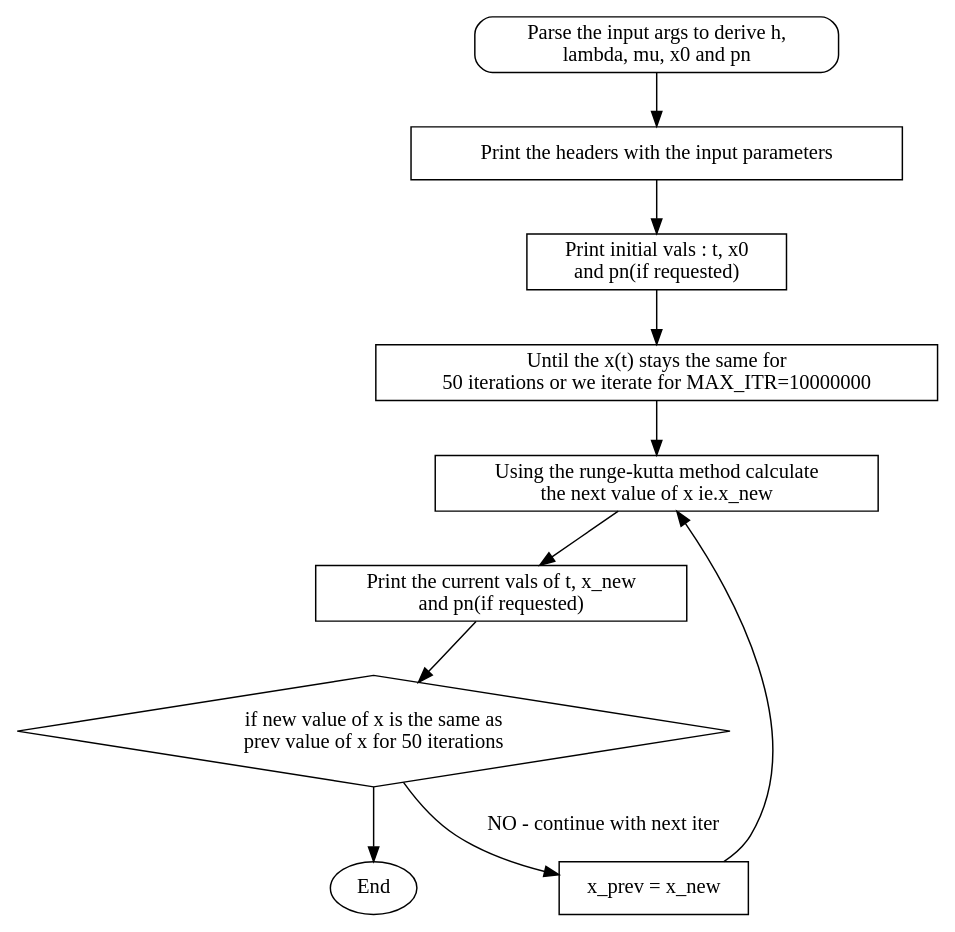
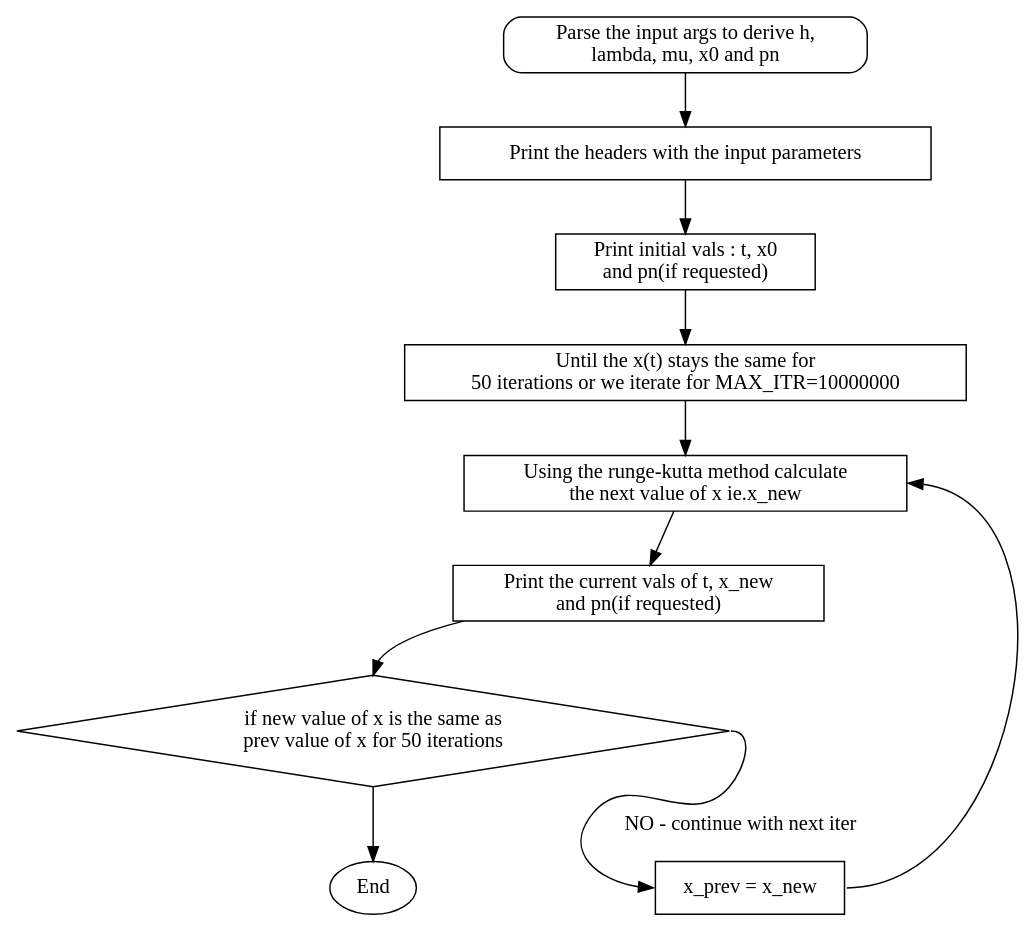
One commit to mangesht/cs544-2012 changed the diagram in runge-kutta.dot. Above: the diagram before and after it, drawn with Graphviz.

Commit message:
Corrected the arrows for the conditional box

```diff
--- a/runge-kutta.dot
+++ b/runge-kutta.dot
@@ -1,20 +1,20 @@
 digraph runge_kutta {
     input_args [shape=mrecord,style="rounded",label="Parse the input args to derive h,\nlambda, mu, x0 and pn"]
     print_hdrs [shape=box,label="Print the headers with the input parameters"]
     print_init_vals [shape=box,label="Print initial vals : t, x0\nand pn(if requested)"]
 
     loop_begin [shape=record,label="Until the x(t) stays the same for \n\50 iterations or we iterate for MAX_ITR=10000000"]
     calc_next_xval [shape=box,label="Using the runge-kutta method calculate\nthe next value of x ie.x_new"]
     
     print_vals [shape=box,label="Print the current vals of t, x_new\nand pn(if requested)"]
 
     chk_stable [shape=diamond,label="if new value of x is the same as\nprev value of x for 50 iterations"]
 
     set_next [shape=box, label="x_prev = x_new"]
    
     input_args -> print_hdrs -> print_init_vals -> loop_begin
-    loop_begin -> calc_next_xval -> print_vals -> chk_stable
-    chk_stable -> set_next [label="NO - continue with next iter"]
-    set_next -> calc_next_xval
+    loop_begin -> calc_next_xval -> print_vals -> chk_stable:n
+    chk_stable:e -> set_next:w [label="NO - continue with next iter"]
+    set_next:e -> calc_next_xval:e
     chk_stable -> End
 }
```
